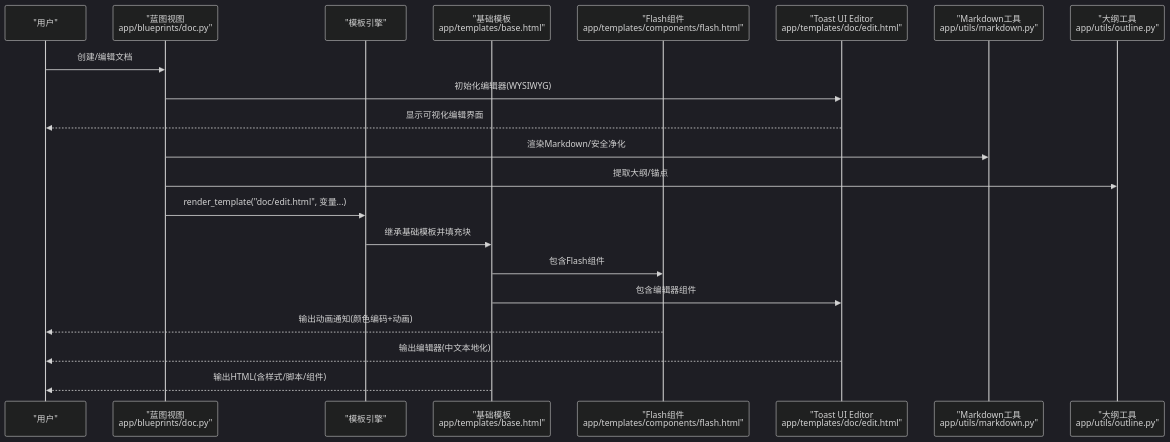
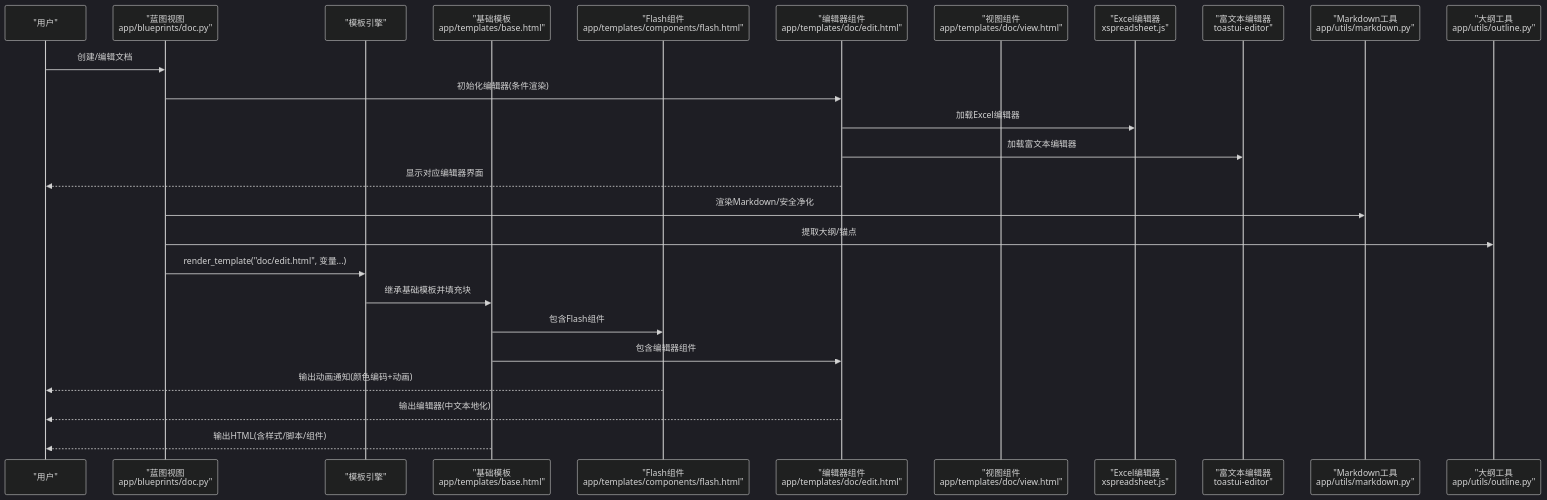
Before and after one commit to beyondalbert/my_wiki: the second of 11 diagrams in .qoder/repowiki/zh/content/前端模板系统.md, drawn with Mermaid (dark theme). The commit also changed other lines of this file and 7 other files, not shown here.

````diff
--- a/.qoder/repowiki/zh/content/前端模板系统.md
+++ b/.qoder/repowiki/zh/content/前端模板系统.md
@@ -141,23 +152,28 @@
 ```mermaid
 sequenceDiagram
 participant U as "用户"
 participant BP as "蓝图视图<br/>app/blueprints/doc.py"
 participant T as "模板引擎"
 participant B as "基础模板<br/>app/templates/base.html"
 participant F as "Flash组件<br/>app/templates/components/flash.html"
-participant ED as "Toast UI Editor<br/>app/templates/doc/edit.html"
+participant ED as "编辑器组件<br/>app/templates/doc/edit.html"
+participant VS as "视图组件<br/>app/templates/doc/view.html"
+participant XSP as "Excel编辑器<br/>xspreadsheet.js"
+participant TUI as "富文本编辑器<br/>toastui-editor"
 participant MD as "Markdown工具<br/>app/utils/markdown.py"
 participant OL as "大纲工具<br/>app/utils/outline.py"
 U->>BP : 创建/编辑文档
-BP->>ED : 初始化编辑器(WYSIWYG)
-ED-->>U : 显示可视化编辑界面
+BP->>ED : 初始化编辑器(条件渲染)
+ED->>XSP : 加载Excel编辑器
+ED->>TUI : 加载富文本编辑器
+ED-->>U : 显示对应编辑器界面
 BP->>MD : 渲染Markdown/安全净化
 BP->>OL : 提取大纲/锚点
 BP->>T : render_template("doc/edit.html", 变量...)
 T->>B : 继承基础模板并填充块
 B->>F : 包含Flash组件
 B->>ED : 包含编辑器组件
 F-->>U : 输出动画通知(颜色编码+动画)
 ED-->>U : 输出编辑器(中文本地化)
 B-->>U : 输出HTML(含样式/脚本/组件)
 ```
````
